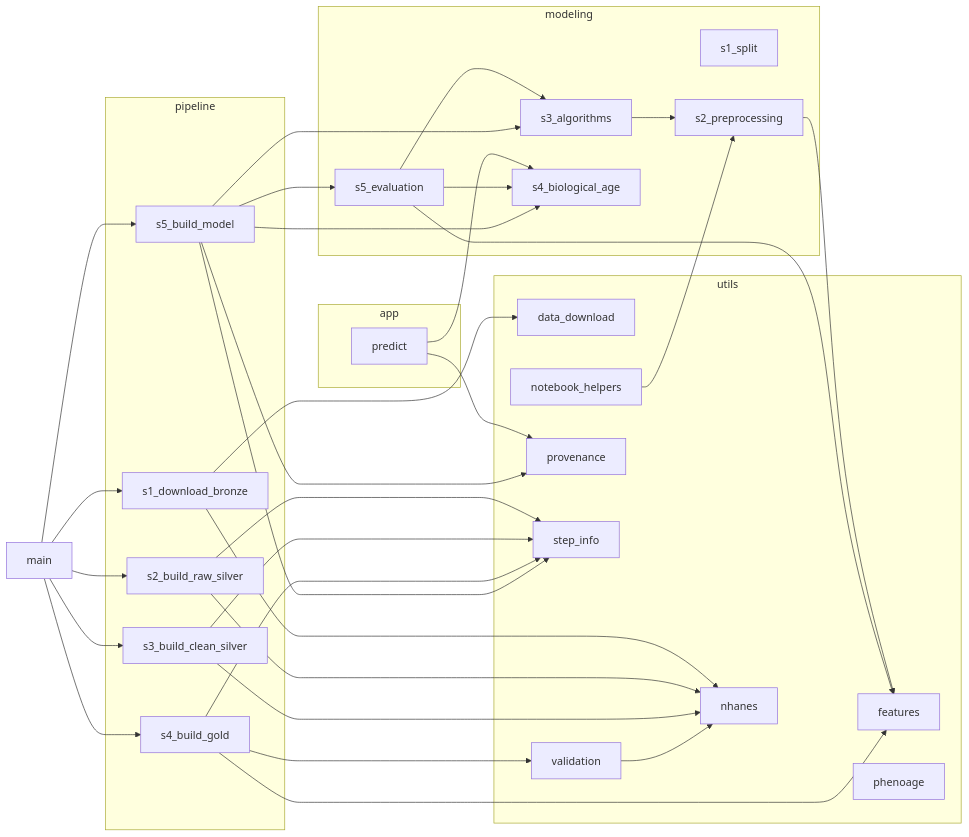
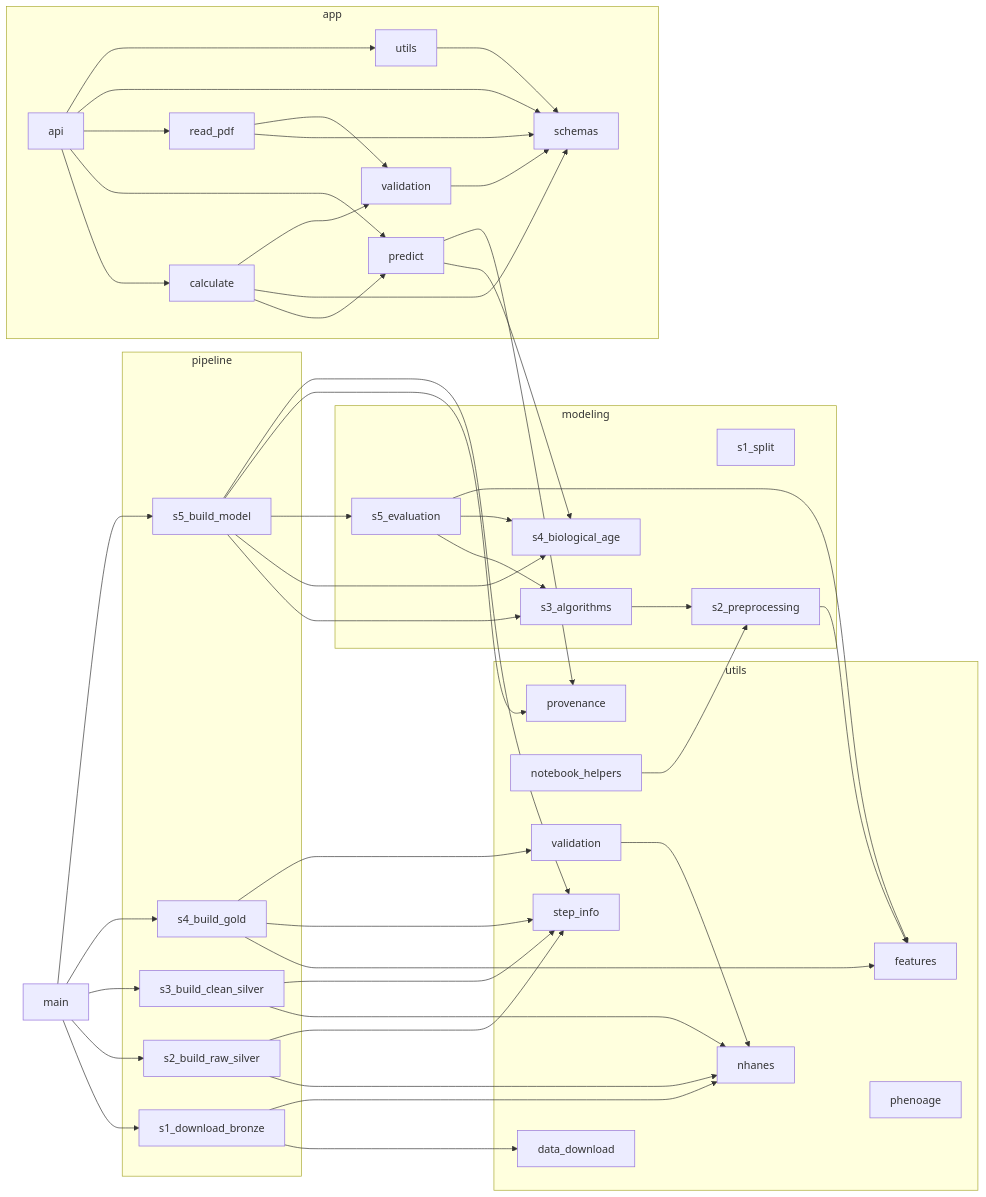
The diagram in docs/import_graph.md (rubengil-dev/TFM---Evolve), drawn with Mermaid before and after one commit. The commit also changed 19 other files, not shown here.

First line of the commit message:
feat(api): add the web server of the app

````diff
--- a/docs/import_graph.md
+++ b/docs/import_graph.md
@@ -6,59 +6,77 @@
 ```mermaid
 flowchart LR
   subgraph app
+    app_api[api]
+    app_calculate[calculate]
     app_predict[predict]
+    app_read_pdf[read_pdf]
+    app_schemas[schemas]
+    app_utils[utils]
+    app_validation[validation]
   end
   subgraph modeling
     modeling_s1_split[s1_split]
     modeling_s2_preprocessing[s2_preprocessing]
     modeling_s3_algorithms[s3_algorithms]
     modeling_s4_biological_age[s4_biological_age]
     modeling_s5_evaluation[s5_evaluation]
   end
   subgraph pipeline
     pipeline_s1_download_bronze[s1_download_bronze]
     pipeline_s2_build_raw_silver[s2_build_raw_silver]
     pipeline_s3_build_clean_silver[s3_build_clean_silver]
     pipeline_s4_build_gold[s4_build_gold]
     pipeline_s5_build_model[s5_build_model]
   end
   subgraph utils
     utils_data_download[data_download]
     utils_features[features]
     utils_nhanes[nhanes]
     utils_notebook_helpers[notebook_helpers]
     utils_phenoage[phenoage]
     utils_provenance[provenance]
     utils_step_info[step_info]
     utils_validation[validation]
   end
   main[main]
+  app_api --> app_calculate
+  app_api --> app_predict
+  app_api --> app_read_pdf
+  app_api --> app_schemas
+  app_api --> app_utils
+  app_calculate --> app_predict
+  app_calculate --> app_schemas
+  app_calculate --> app_validation
   app_predict --> modeling_s4_biological_age
   app_predict --> utils_provenance
+  app_read_pdf --> app_schemas
+  app_read_pdf --> app_validation
+  app_utils --> app_schemas
+  app_validation --> app_schemas
   main --> pipeline_s1_download_bronze
   main --> pipeline_s2_build_raw_silver
   main --> pipeline_s3_build_clean_silver
   main --> pipeline_s4_build_gold
   main --> pipeline_s5_build_model
   modeling_s2_preprocessing --> utils_features
   modeling_s3_algorithms --> modeling_s2_preprocessing
   modeling_s5_evaluation --> modeling_s3_algorithms
   modeling_s5_evaluation --> modeling_s4_biological_age
   modeling_s5_evaluation --> utils_features
   pipeline_s1_download_bronze --> utils_data_download
   pipeline_s1_download_bronze --> utils_nhanes
   pipeline_s2_build_raw_silver --> utils_nhanes
   pipeline_s2_build_raw_silver --> utils_step_info
   pipeline_s3_build_clean_silver --> utils_nhanes
   pipeline_s3_build_clean_silver --> utils_step_info
   pipeline_s4_build_gold --> utils_features
   pipeline_s4_build_gold --> utils_step_info
   pipeline_s4_build_gold --> utils_validation
   pipeline_s5_build_model --> modeling_s3_algorithms
   pipeline_s5_build_model --> modeling_s4_biological_age
   pipeline_s5_build_model --> modeling_s5_evaluation
   pipeline_s5_build_model --> utils_provenance
   pipeline_s5_build_model --> utils_step_info
   utils_notebook_helpers --> modeling_s2_preprocessing
   utils_validation --> utils_nhanes
 ```
````
